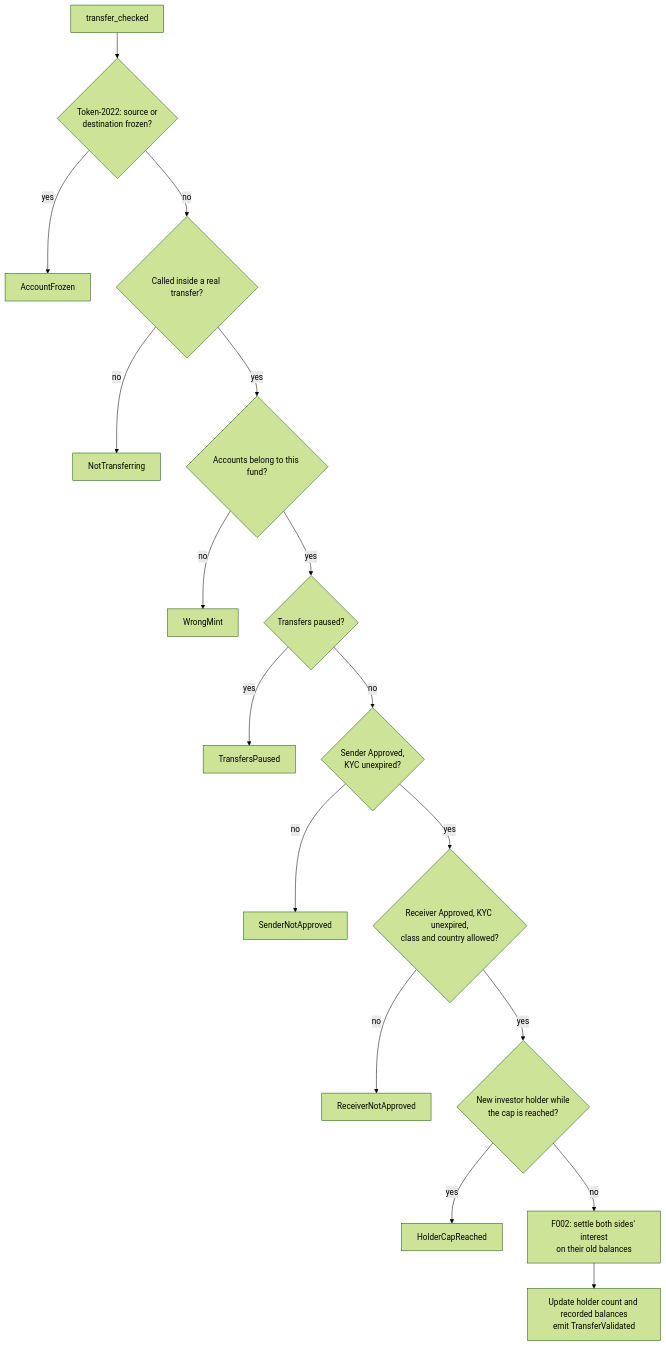
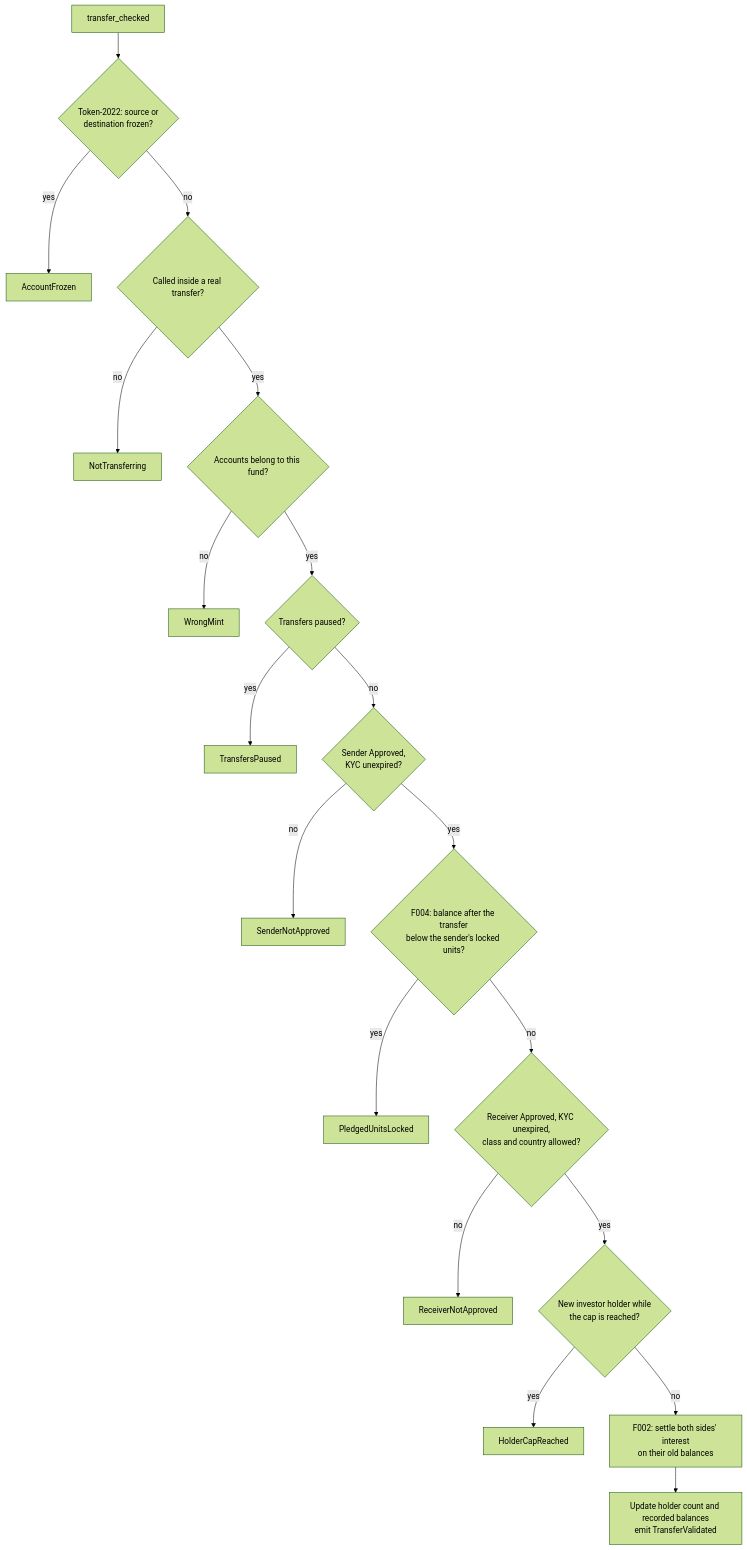
The fifth of 6 diagrams in README.md (jaxter03/tokenized-mmf-collateral), drawn with Mermaid (forest theme) before and after one commit. The commit also changed other lines of this file and 2 other files, not shown here.

````diff
--- a/README.md
+++ b/README.md
@@ -174,19 +212,21 @@
 ```mermaid
 flowchart TD
     A["transfer_checked"] --> B{"Token-2022: source or<br/>destination frozen?"}
     B -->|yes| X1["AccountFrozen"]
     B -->|no| C{"Called inside a real transfer?"}
     C -->|no| X2["NotTransferring"]
     C -->|yes| D{"Accounts belong to this fund?"}
     D -->|no| X3["WrongMint"]
     D -->|yes| E{"Transfers paused?"}
     E -->|yes| X4["TransfersPaused"]
     E -->|no| F{"Sender Approved,<br/>KYC unexpired?"}
     F -->|no| X5["SenderNotApproved"]
-    F -->|yes| G{"Receiver Approved, KYC unexpired,<br/>class and country allowed?"}
+    F -->|yes| L{"F004: balance after the transfer<br/>below the sender's locked units?"}
+    L -->|yes| X8["PledgedUnitsLocked"]
+    L -->|no| G{"Receiver Approved, KYC unexpired,<br/>class and country allowed?"}
     G -->|no| X6["ReceiverNotApproved"]
     G -->|yes| H{"New investor holder while<br/>the cap is reached?"}
     H -->|yes| X7["HolderCapReached"]
     H -->|no| S["F002: settle both sides' interest<br/>on their old balances"]
     S --> I["Update holder count and recorded balances<br/>emit TransferValidated"]
 ```
````
